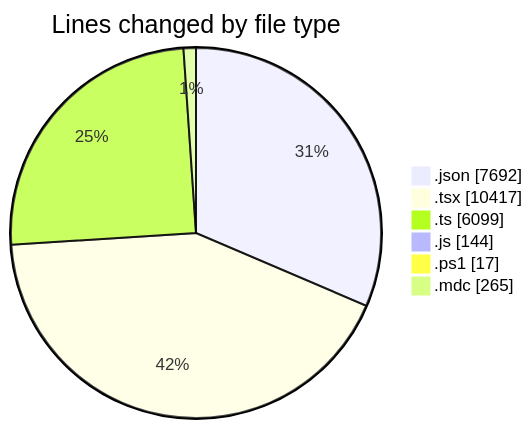
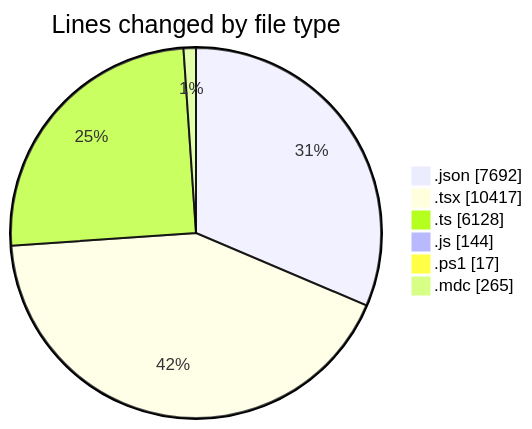
Before and after one commit to CELIANVF/code-tracking: the first of 2 diagrams in 2025-06-10/ecodeli-1/README.md, drawn with Mermaid. The commit also changed other lines of this file and 1 other file, not shown here.

````diff
--- a/2025-06-10/ecodeli-1/README.md
+++ b/2025-06-10/ecodeli-1/README.md
@@ -76,10 +76,10 @@
 ```mermaid
 pie showData
 title Lines changed by file type
 ".json" : 7692
 ".tsx" : 10417
-".ts" : 6099
+".ts" : 6128
 ".js" : 144
 ".ps1" : 17
 ".mdc" : 265
 ```
````
